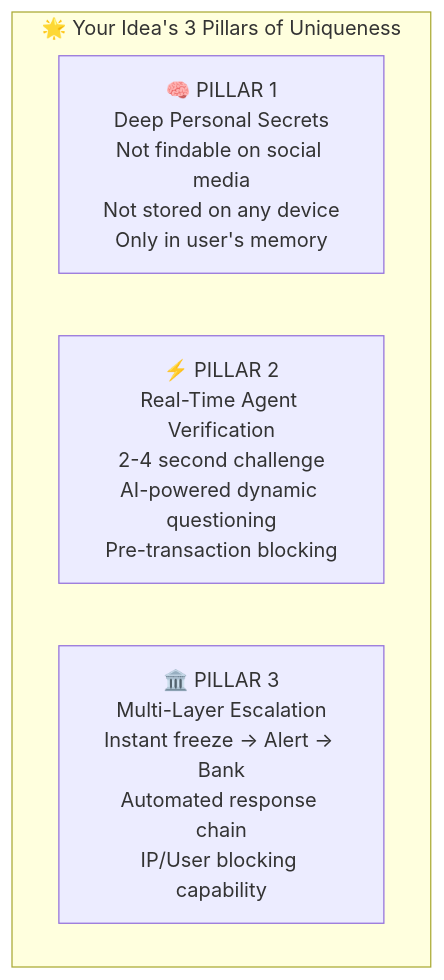
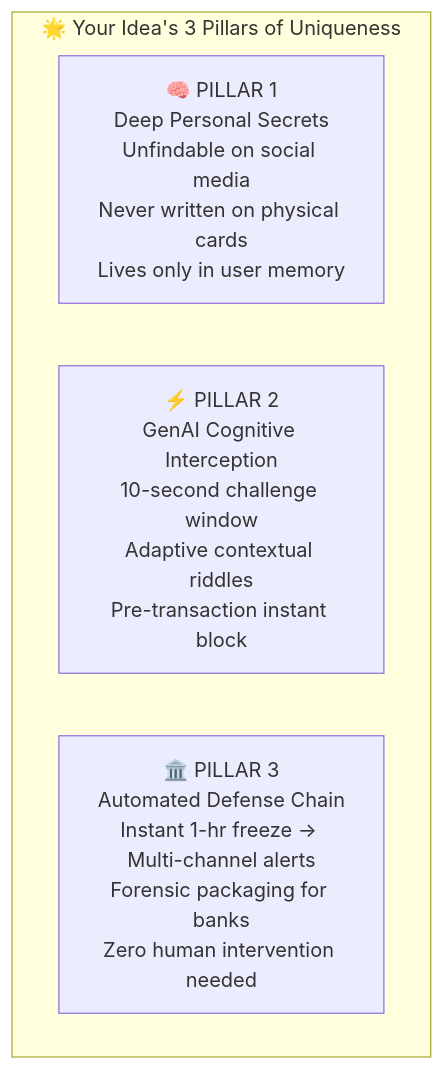
Before and after one commit to Harsh-tech81/PayPal-AI-Hackathon: the second of 3 diagrams in paypal-idea-analysis.md, drawn with Mermaid. The commit also changed other lines of this file and 6 other files, not shown here.

````diff
--- a/paypal-idea-analysis.md
+++ b/paypal-idea-analysis.md
@@ -76,9 +57,9 @@
 ```mermaid
 flowchart TD
     subgraph Uniqueness["🌟 Your Idea's 3 Pillars of Uniqueness"]
         direction LR
-        P1["🧠 PILLAR 1<br/>Deep Personal Secrets<br/>Not findable on social media<br/>Not stored on any device<br/>Only in user's memory"]
-        P2["⚡ PILLAR 2<br/>Real-Time Agent Verification<br/>2-4 second challenge<br/>AI-powered dynamic questioning<br/>Pre-transaction blocking"]
-        P3["🏛️ PILLAR 3<br/>Multi-Layer Escalation<br/>Instant freeze → Alert → Bank<br/>Automated response chain<br/>IP/User blocking capability"]
+        P1["🧠 PILLAR 1<br/>Deep Personal Secrets<br/>Unfindable on social media<br/>Never written on physical cards<br/>Lives only in user memory"]
+        P2["⚡ PILLAR 2<br/>GenAI Cognitive Interception<br/>10-second challenge window<br/>Adaptive contextual riddles<br/>Pre-transaction instant block"]
+        P3["🏛️ PILLAR 3<br/>Automated Defense Chain<br/>Instant 1-hr freeze → Multi-channel alerts<br/>Forensic packaging for banks<br/>Zero human intervention needed"]
     end
 ```
````
